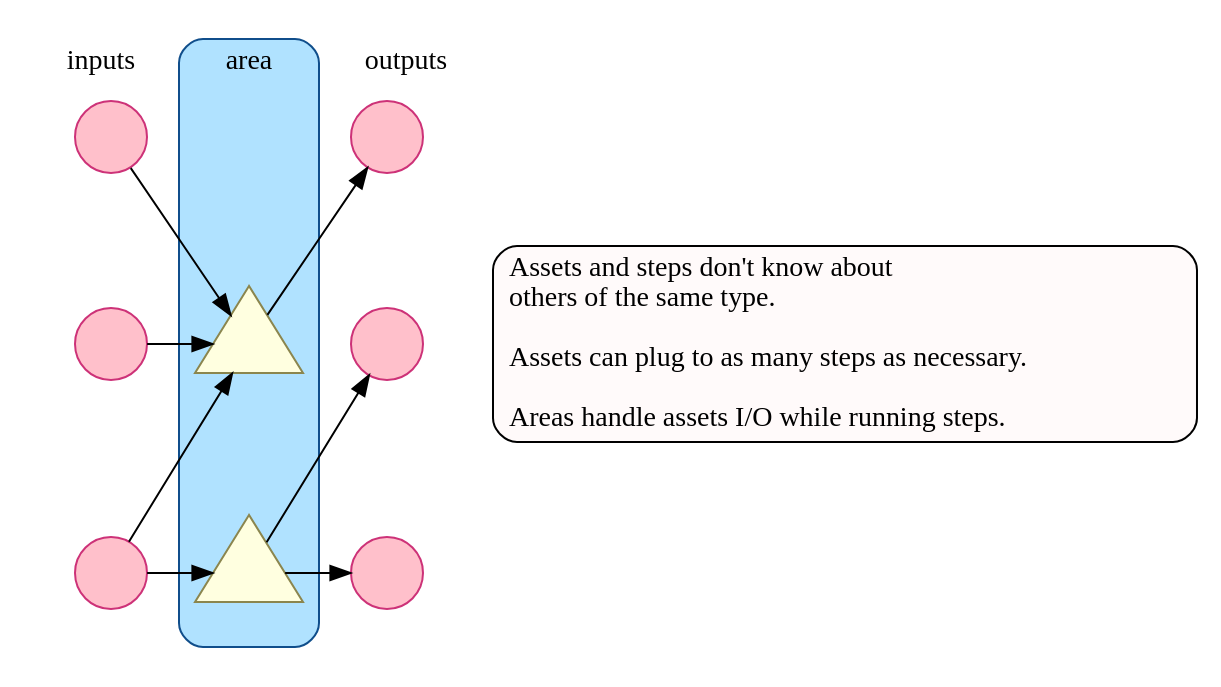
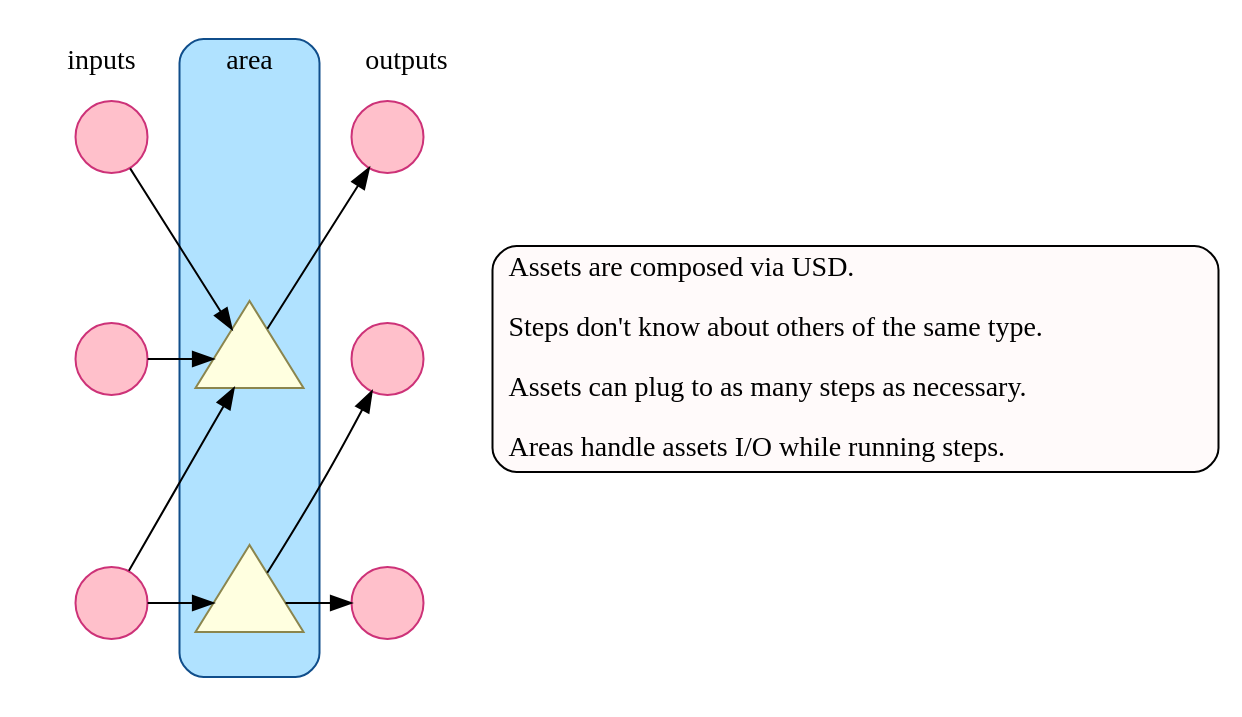
Before and after one commit to thegrill/grill: the diagram in docs/source/area_overview.dot, drawn with Graphviz.

Commit message:
assets are composed via usd

```diff
--- a/docs/source/area_overview.dot
+++ b/docs/source/area_overview.dot
@@ -1,36 +1,37 @@
 digraph area_overview {
     bgcolor=invis
     newrank=true
     subgraph cluster_inputs {
         label=inputs
         color=invis
         node [shape=circle label="" fillcolor=pink style=filled color=violetred3] input_asset1 input_asset2 input_asset3
         input_asset1 -> input_asset2 -> input_asset3 [style=invis]
     }
     subgraph cluster_area {
         style="filled,rounded"
         label=area
         fillcolor=lightskyblue1 color=dodgerblue4
         sentinel [style=invis label=""]
         node [shape=triangle label="" fillcolor=lightyellow style=filled color=khaki4 height=.8] step2 step3
         sentinel -> step2 -> step3 [style=invis]
     }
     subgraph cluster_outputs {
         label=outputs
         color=invis
         node [shape=circle label="" fillcolor=pink style=filled color=violetred3] output_asset1 output_asset2 output_asset3
         output_asset1 -> output_asset2 -> output_asset3 [style=invis]
     }
     {input_asset1 input_asset2 input_asset3} -> step2
     input_asset3 -> step3
     step2 -> output_asset1
     step3 -> {output_asset2 output_asset3}
     {rank=same input_asset1 sentinel output_asset1}
     {rank=same input_asset2 step2 output_asset2}
     {rank=same input_asset3 step3 output_asset3}
     description [shape=record style="rounded,filled" fillcolor=snow label="
-        Assets and steps don't know about\lothers of the same type.\l
+        Assets are composed via USD.\l
+        \lSteps don't know about others of the same type.\l
         \lAssets can plug to as many steps as necessary.\l
         \lAreas handle assets I/O while running steps.\l"]
     {rank=same input_asset2 step2 output_asset2 description}
 }
```
